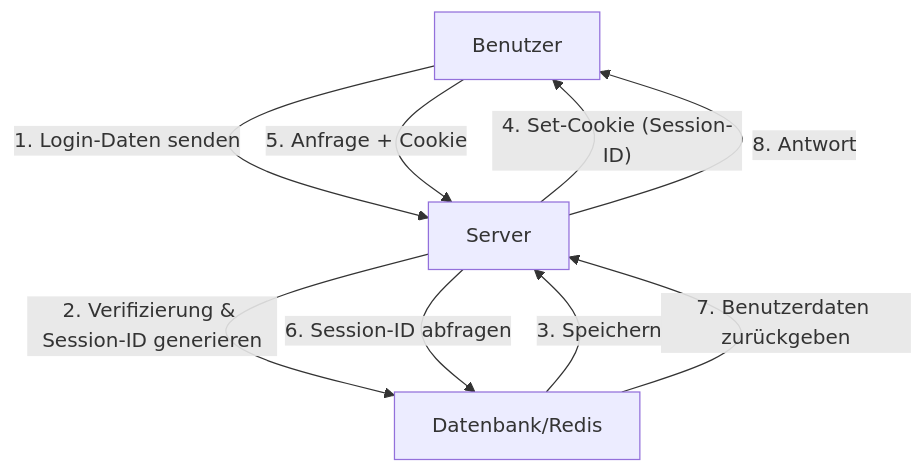
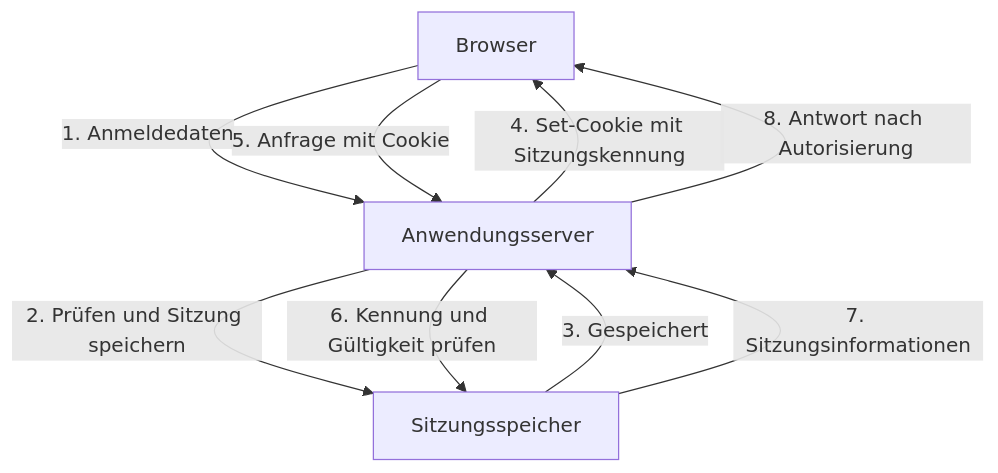
One commit to kenjinote/blog changed the first of 3 diagrams in content/post/jwt-json-web-token-security-risks/index.de.md. Above: the diagram before and after it, drawn with Mermaid. The commit also changed other lines of this file and 8 other files, not shown here.

````diff
--- a/content/post/jwt-json-web-token-security-risks/index.de.md
+++ b/content/post/jwt-json-web-token-security-risks/index.de.md
@@ -19,11 +20,11 @@
 ```mermaid
 graph TD
-    A["Benutzer"] -- "1. Login-Daten senden" --> B["Server"]
-    B -- "2. Verifizierung & Session-ID generieren" --> C["Datenbank/Redis"]
-    C -- "3. Speichern" --> B
-    B -- "4. Set-Cookie (Session-ID)" --> A
-    A -- "5. Anfrage + Cookie" --> B
-    B -- "6. Session-ID abfragen" --> C
-    C -- "7. Benutzerdaten zurückgeben" --> B
-    B -- "8. Antwort" --> A
+    A["Browser"] -- "1. Anmeldedaten" --> B["Anwendungsserver"]
+    B -- "2. Prüfen und Sitzung speichern" --> C["Sitzungsspeicher"]
+    C -- "3. Gespeichert" --> B
+    B -- "4. Set-Cookie mit Sitzungskennung" --> A
+    A -- "5. Anfrage mit Cookie" --> B
+    B -- "6. Kennung und Gültigkeit prüfen" --> C
+    C -- "7. Sitzungsinformationen" --> B
+    B -- "8. Antwort nach Autorisierung" --> A
 ```
````
